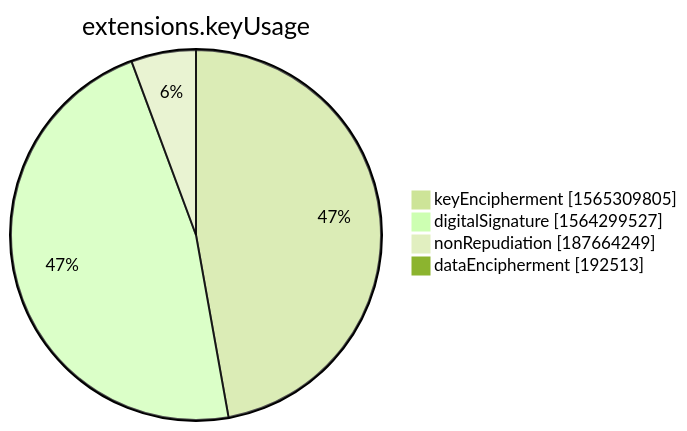
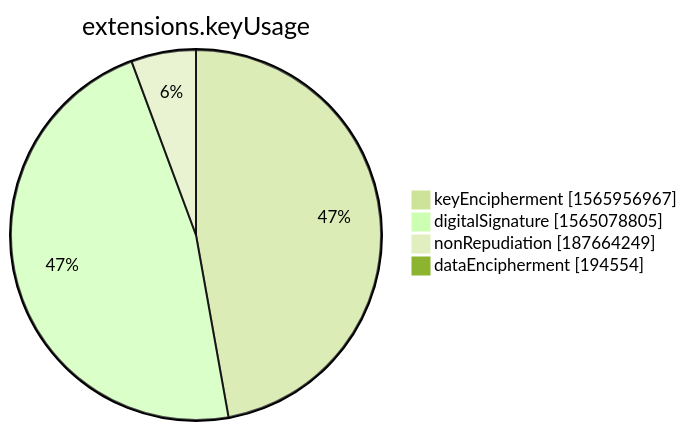
The seventh of 15 diagrams in xenon2022/README.md (christiankrug/ctmonitor_visualization), drawn with Mermaid (forest theme) before and after one commit. The commit also changed other lines of this file, not shown here.

````diff
--- a/xenon2022/README.md
+++ b/xenon2022/README.md
@@ -2853,8 +2853,8 @@
 ```mermaid
 pie showData
 title extensions.keyUsage
-"keyEncipherment" :1565309805
-"digitalSignature" :1564299527
+"keyEncipherment" :1565956967
+"digitalSignature" :1565078805
 "nonRepudiation" :187664249
-"dataEncipherment" :192513
+"dataEncipherment" :194554
 ```
````
